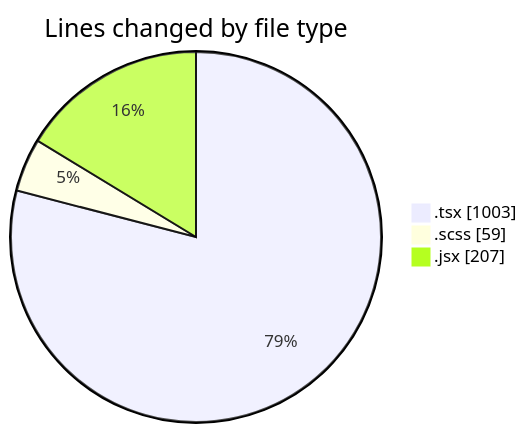
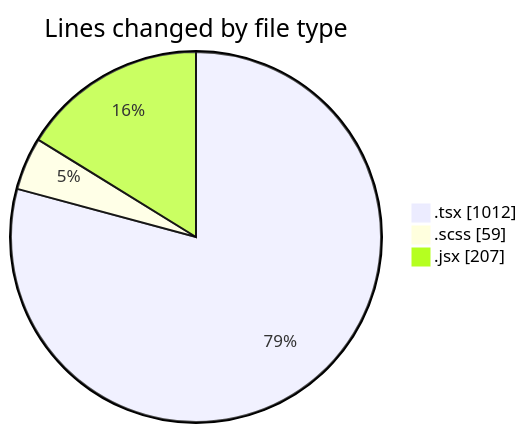
One commit to momahboobian/code-tracking changed the first of 2 diagrams in 2026-07-23/cda/README.md. Above: the diagram before and after it, drawn with Mermaid. The commit also changed other lines of this file and 1 other file, not shown here.

````diff
--- a/2026-07-23/cda/README.md
+++ b/2026-07-23/cda/README.md
@@ -27,7 +27,7 @@
 ```mermaid
 pie showData
 title Lines changed by file type
-".tsx" : 1003
+".tsx" : 1012
 ".scss" : 59
 ".jsx" : 207
 ```
````
